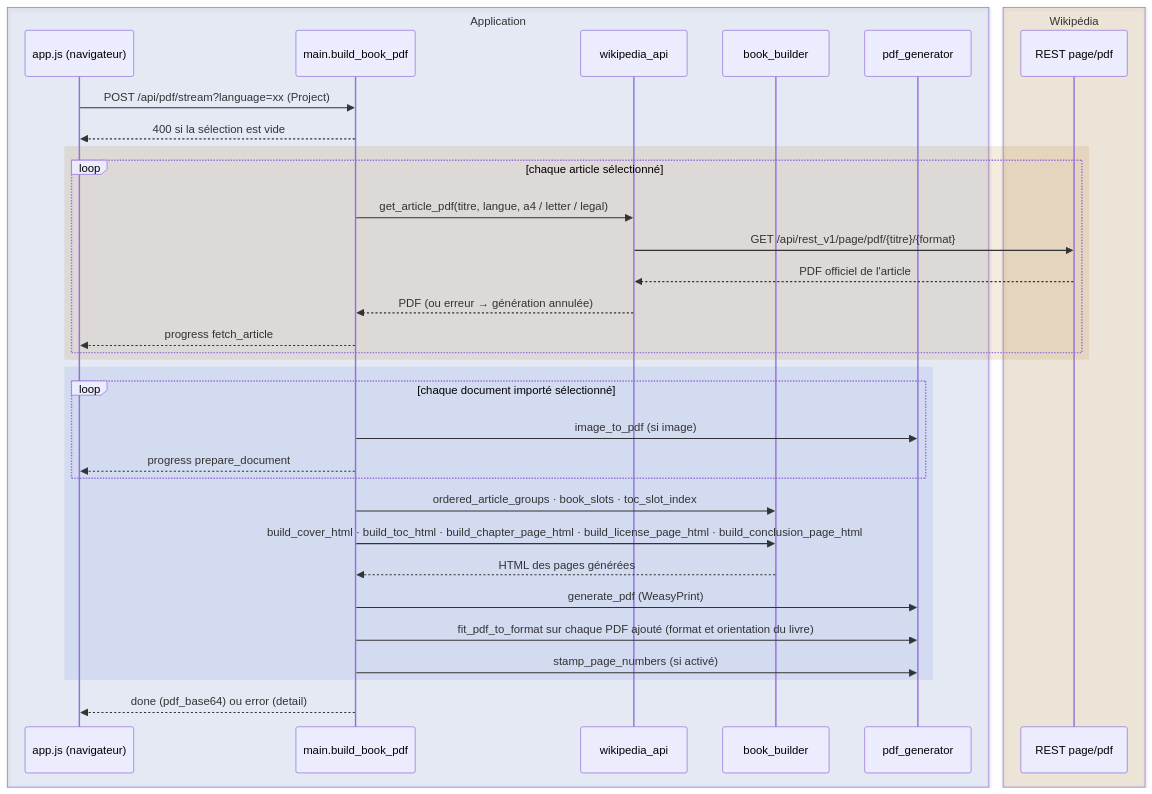
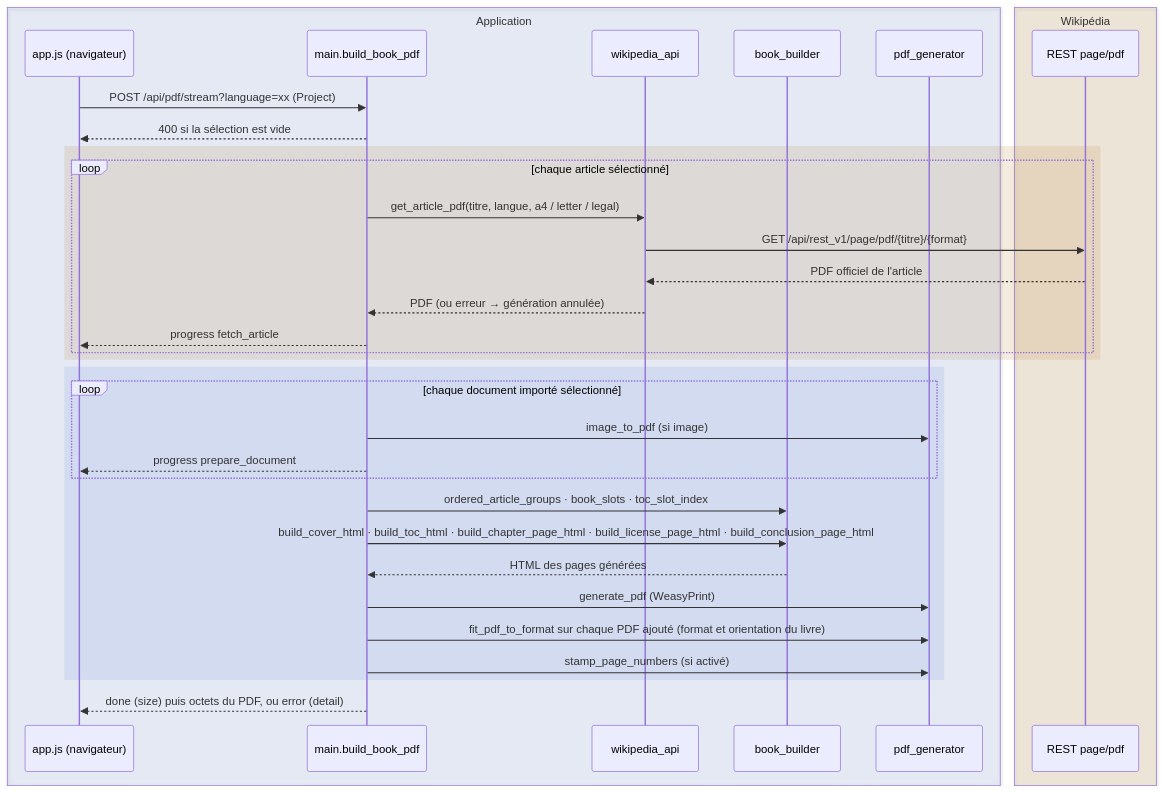
One commit to gmoulard/wikipedia2book changed the second of 2 diagrams in docs/SPECIFICATIONS.fr.md. Above: the diagram before and after it, drawn with Mermaid. The commit also changed other lines of this file and 5 other files, not shown here.

````diff
--- a/docs/SPECIFICATIONS.fr.md
+++ b/docs/SPECIFICATIONS.fr.md
@@ -911,38 +911,38 @@
 ```mermaid
 sequenceDiagram
     box rgba(51,102,204,0.10) Application
         participant U as app.js (navigateur)
         participant M as main.build_book_pdf
         participant W as wikipedia_api
         participant B as book_builder
         participant P as pdf_generator
     end
     box rgba(172,102,0,0.12) Wikipédia
         participant R as REST page/pdf
     end
 
     U->>M: POST /api/pdf/stream?language=xx (Project)
     M-->>U: 400 si la sélection est vide
     rect rgba(172,102,0,0.12)
         loop chaque article sélectionné
             M->>W: get_article_pdf(titre, langue, a4 / letter / legal)
             W->>R: GET /api/rest_v1/page/pdf/{titre}/{format}
             R-->>W: PDF officiel de l'article
             W-->>M: PDF (ou erreur → génération annulée)
             M-->>U: progress fetch_article
         end
     end
     rect rgba(51,102,204,0.10)
         loop chaque document importé sélectionné
             M->>P: image_to_pdf (si image)
             M-->>U: progress prepare_document
         end
         M->>B: ordered_article_groups · book_slots · toc_slot_index
         M->>B: build_cover_html · build_toc_html · build_chapter_page_html · build_license_page_html · build_conclusion_page_html
         B-->>M: HTML des pages générées
         M->>P: generate_pdf (WeasyPrint)
         M->>P: fit_pdf_to_format sur chaque PDF ajouté (format et orientation du livre)
         M->>P: stamp_page_numbers (si activé)
     end
-    M-->>U: done (pdf_base64) ou error (detail)
+    M-->>U: done (size) puis octets du PDF, ou error (detail)
 ```
````
